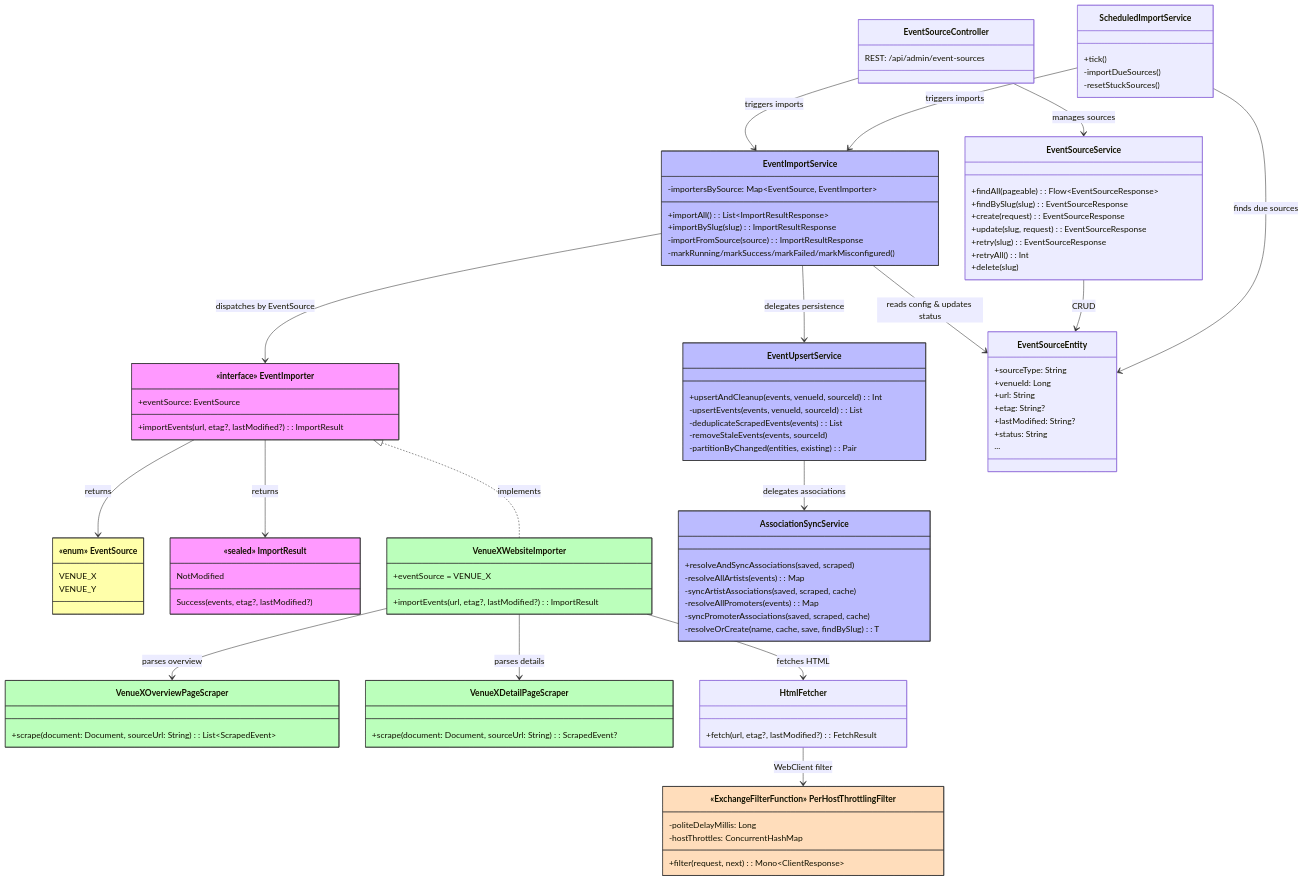
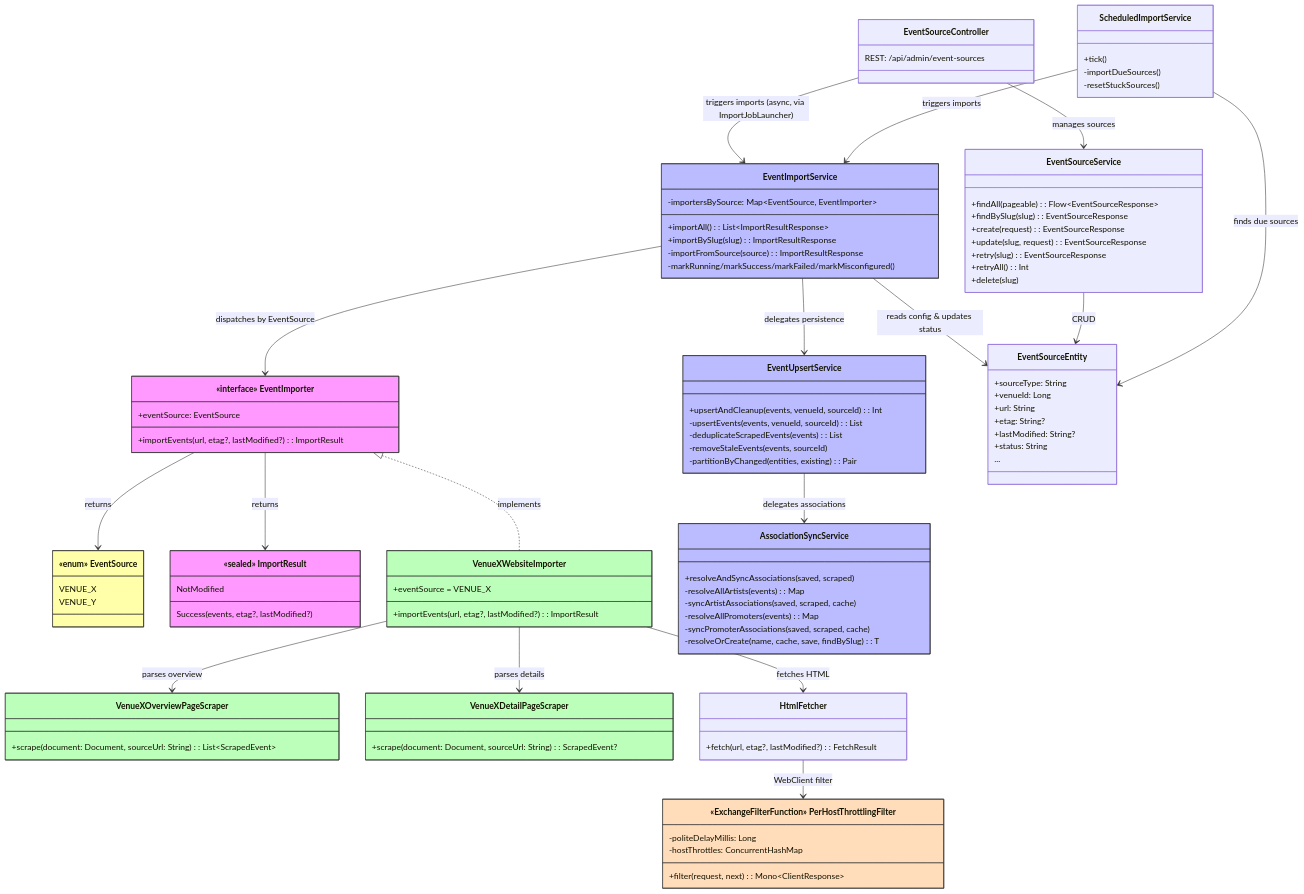
The diagram in docs/adr/ADR-007_WEB_SCRAPING_STRATEGY.md (enorm-labs/event-checker), drawn with Mermaid before and after one commit. The commit also changed 26 other files, not shown here.

First line of the commit message:
feat: Badehaus importer, async import triggers, promoter canonicalization

```diff
--- a/docs/adr/ADR-007_WEB_SCRAPING_STRATEGY.md
+++ b/docs/adr/ADR-007_WEB_SCRAPING_STRATEGY.md
@@ -172,7 +172,7 @@
     EventImportService --> EventUpsertService: delegates persistence
     EventUpsertService --> AssociationSyncService: delegates associations
     EventSourceService --> EventSourceEntity: CRUD
-    EventSourceController --> EventImportService: triggers imports
+    EventSourceController --> EventImportService: triggers imports (async, via ImportJobLauncher)
     EventSourceController --> EventSourceService: manages sources
     ScheduledImportService --> EventImportService: triggers imports
     ScheduledImportService --> EventSourceEntity: finds due sources
```
